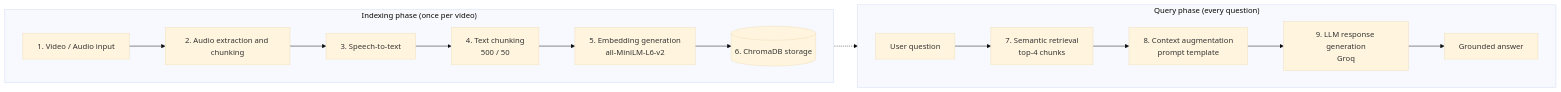
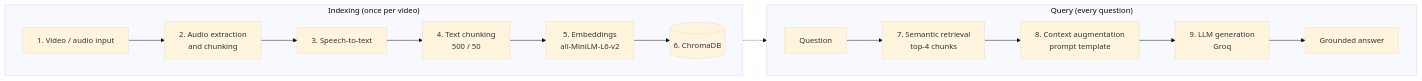
The second of 3 diagrams in Readme.md (naveenkumar-analytics/AI-Video-Assistant), drawn with Mermaid (base theme) before and after one commit. The commit also changed other lines of this file, not shown here.

````diff
--- a/Readme.md
+++ b/Readme.md
@@ -217,21 +103,12 @@
 ```mermaid
 flowchart LR
-    subgraph IDX["Indexing phase (once per video)"]
+    subgraph IDX["Indexing (once per video)"]
         direction LR
-        I1["1. Video / Audio input"] --> I2["2. Audio extraction and chunking"]
-        I2 --> I3["3. Speech-to-text"]
-        I3 --> I4["4. Text chunking<br/>500 / 50"]
-        I4 --> I5["5. Embedding generation<br/>all-MiniLM-L6-v2"]
-        I5 --> I6[("6. ChromaDB storage")]
+        I1["1. Video / audio input"] --> I2["2. Audio extraction<br/>and chunking"] --> I3["3. Speech-to-text"] --> I4["4. Text chunking<br/>500 / 50"] --> I5["5. Embeddings<br/>all-MiniLM-L6-v2"] --> I6[("6. ChromaDB")]
     end
-
-    subgraph QRY["Query phase (every question)"]
+    subgraph QRY["Query (every question)"]
         direction LR
-        Q1["User question"] --> Q2["7. Semantic retrieval<br/>top-4 chunks"]
-        Q2 --> Q3["8. Context augmentation<br/>prompt template"]
-        Q3 --> Q4["9. LLM response generation<br/>Groq"]
-        Q4 --> Q5["Grounded answer"]
+        Q1["Question"] --> Q2["7. Semantic retrieval<br/>top-4 chunks"] --> Q3["8. Context augmentation<br/>prompt template"] --> Q4["9. LLM generation<br/>Groq"] --> Q5["Grounded answer"]
     end
-
     I6 -.-> Q2
 ```
````
